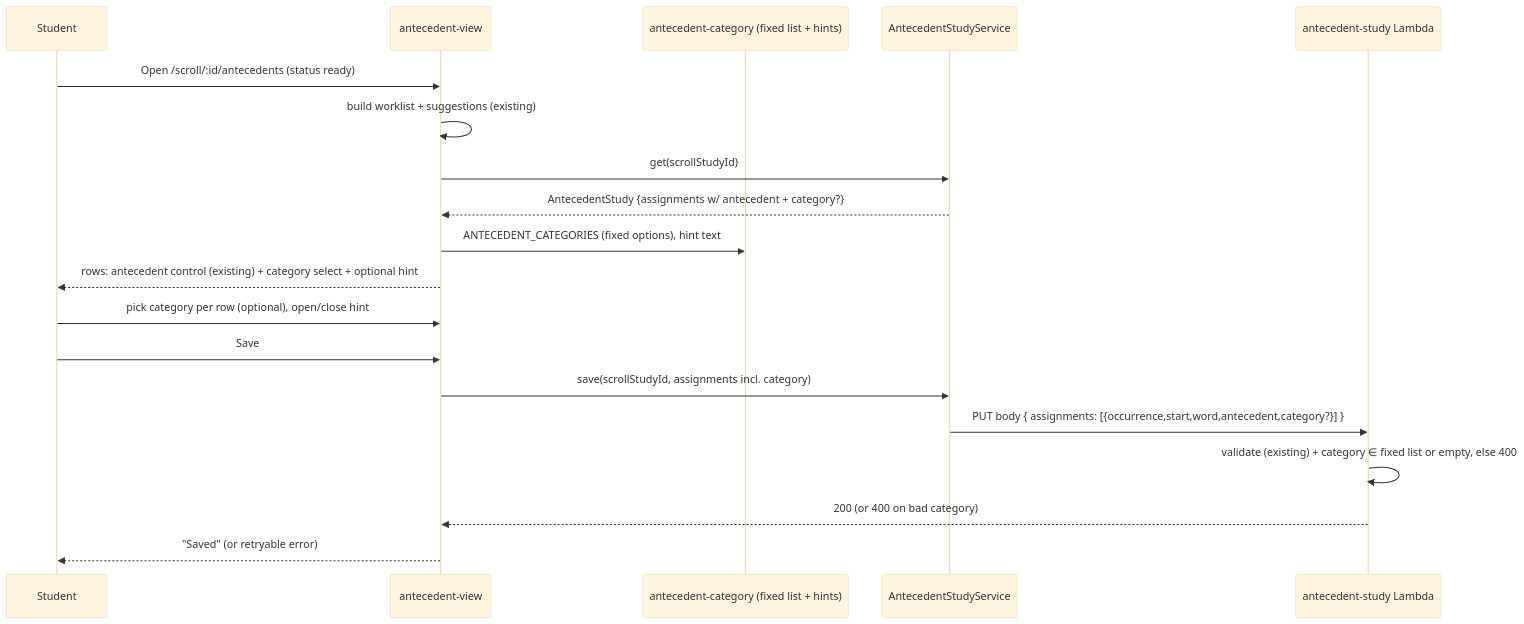
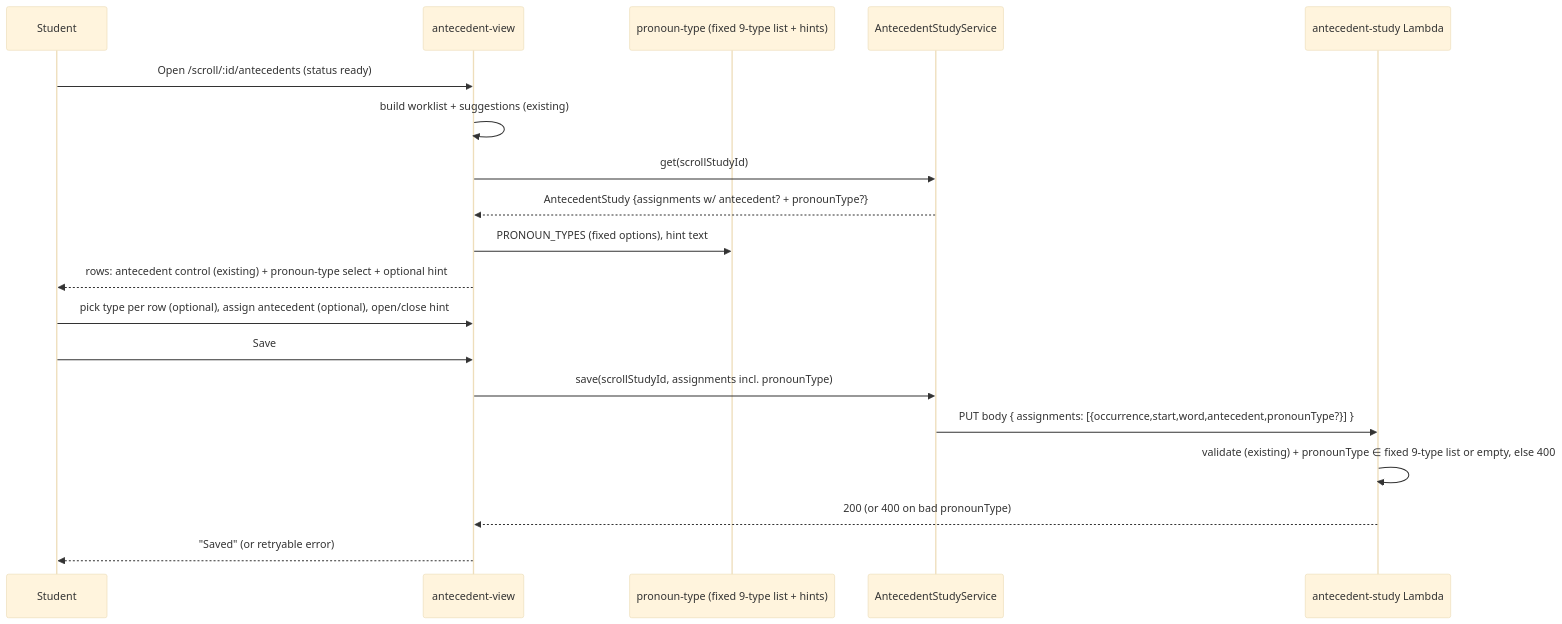
Before and after one commit to trsam1/sbs-assist: the second of 2 diagrams in .kiro/specs/antecedent-category-classifier/design.md, drawn with Mermaid (base theme). The commit also changed other lines of this file and 1 other file, not shown here.

Commit message:
fix(spec): classify pronoun grammatical type (9 types), not antecedent kind

````diff
--- a/.kiro/specs/antecedent-category-classifier/design.md
+++ b/.kiro/specs/antecedent-category-classifier/design.md
@@ -61,22 +69,22 @@
 ```mermaid
 sequenceDiagram
     participant U as Student
     participant AV as antecedent-view
-    participant AC as antecedent-category (fixed list + hints)
+    participant PT as pronoun-type (fixed 9-type list + hints)
     participant ASVC as AntecedentStudyService
     participant Fn as antecedent-study Lambda
 
     U->>AV: Open /scroll/:id/antecedents (status ready)
     AV->>AV: build worklist + suggestions (existing)
     AV->>ASVC: get(scrollStudyId)
-    ASVC-->>AV: AntecedentStudy {assignments w/ antecedent + category?}
-    AV->>AC: ANTECEDENT_CATEGORIES (fixed options), hint text
-    AV-->>U: rows: antecedent control (existing) + category select + optional hint
-    U->>AV: pick category per row (optional), open/close hint
+    ASVC-->>AV: AntecedentStudy {assignments w/ antecedent? + pronounType?}
+    AV->>PT: PRONOUN_TYPES (fixed options), hint text
+    AV-->>U: rows: antecedent control (existing) + pronoun-type select + optional hint
+    U->>AV: pick type per row (optional), assign antecedent (optional), open/close hint
     U->>AV: Save
-    AV->>ASVC: save(scrollStudyId, assignments incl. category)
-    ASVC->>Fn: PUT body { assignments: [{occurrence,start,word,antecedent,category?}] }
-    Fn->>Fn: validate (existing) + category ∈ fixed list or empty, else 400
-    Fn-->>AV: 200 (or 400 on bad category)
+    AV->>ASVC: save(scrollStudyId, assignments incl. pronounType)
+    ASVC->>Fn: PUT body { assignments: [{occurrence,start,word,antecedent,pronounType?}] }
+    Fn->>Fn: validate (existing) + pronounType ∈ fixed 9-type list or empty, else 400
+    Fn-->>AV: 200 (or 400 on bad pronounType)
     AV-->>U: "Saved" (or retryable error)
 ```
````
